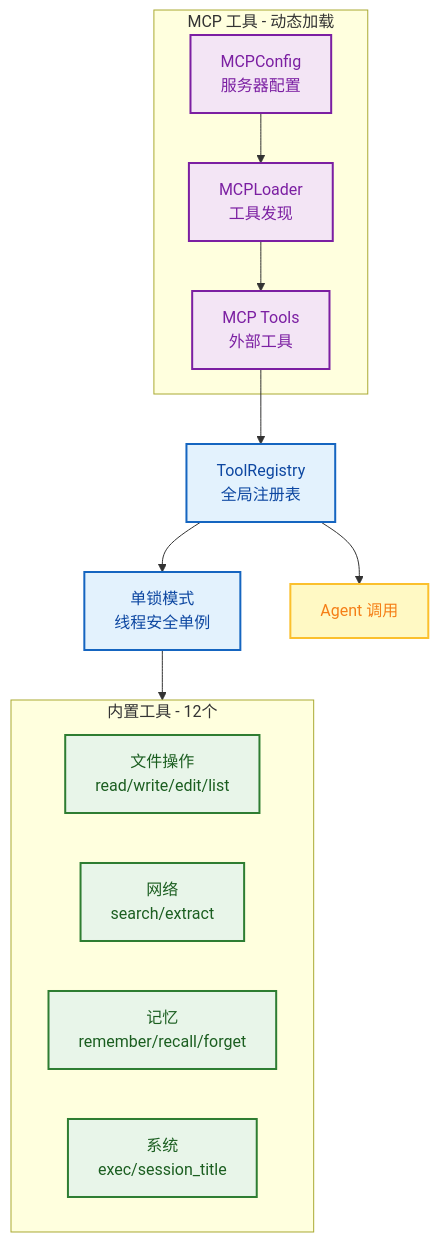
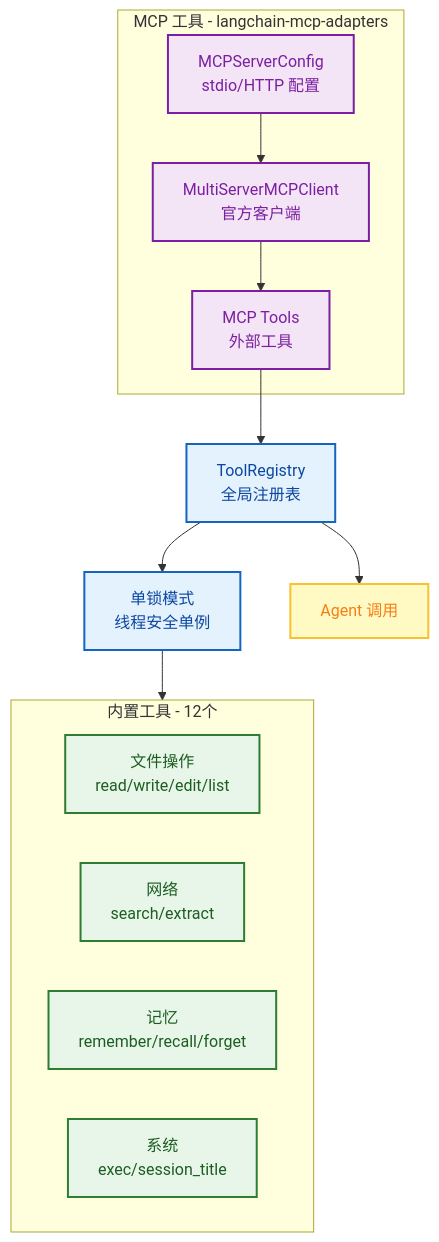
Before and after one commit to xt765/FinchBot: the fourth of 9 diagrams in docs/zh-CN/architecture.md, drawn with Mermaid. The commit also changed other lines of this file and 30 other files, not shown here.

First line of the commit message:
refactor: 使用 langchain-mcp-adapters 和 LangBot 重构 MCP 和 Channel 模块

````diff
--- a/docs/zh-CN/architecture.md
+++ b/docs/zh-CN/architecture.md
@@ -382,30 +376,30 @@
 ```mermaid
 flowchart TB
     classDef registry fill:#e3f2fd,stroke:#1565c0,stroke-width:2px,color:#0d47a1;
     classDef builtin fill:#e8f5e9,stroke:#2e7d32,stroke-width:2px,color:#1b5e20;
     classDef mcp fill:#f3e5f5,stroke:#7b1fa2,stroke-width:2px,color:#7b1fa2;
     classDef agent fill:#fff9c4,stroke:#fbc02d,stroke-width:2px,color:#f57f17;
 
     TR[ToolRegistry<br/>全局注册表]:::registry
     Lock[单锁模式<br/>线程安全单例]:::registry
 
     subgraph BuiltIn [内置工具 - 12个]
         File[文件操作<br/>read/write/edit/list]:::builtin
         Web[网络<br/>search/extract]:::builtin
         Memory[记忆<br/>remember/recall/forget]:::builtin
         System[系统<br/>exec/session_title]:::builtin
     end
 
-    subgraph MCP [MCP 工具 - 动态加载]
-        MCPConfig[MCPConfig<br/>服务器配置]:::mcp
-        MCPLoader[MCPLoader<br/>工具发现]:::mcp
+    subgraph MCP [MCP 工具 - langchain-mcp-adapters]
+        MCPConfig[MCPServerConfig<br/>stdio/HTTP 配置]:::mcp
+        MCPClient[MultiServerMCPClient<br/>官方客户端]:::mcp
         MCPTools[MCP Tools<br/>外部工具]:::mcp
     end
 
     Agent[Agent 调用]:::agent
 
     TR --> Lock
     Lock --> BuiltIn
-    MCPConfig --> MCPLoader --> MCPTools --> TR
+    MCPConfig --> MCPClient --> MCPTools --> TR
     TR --> Agent
 ```
````
